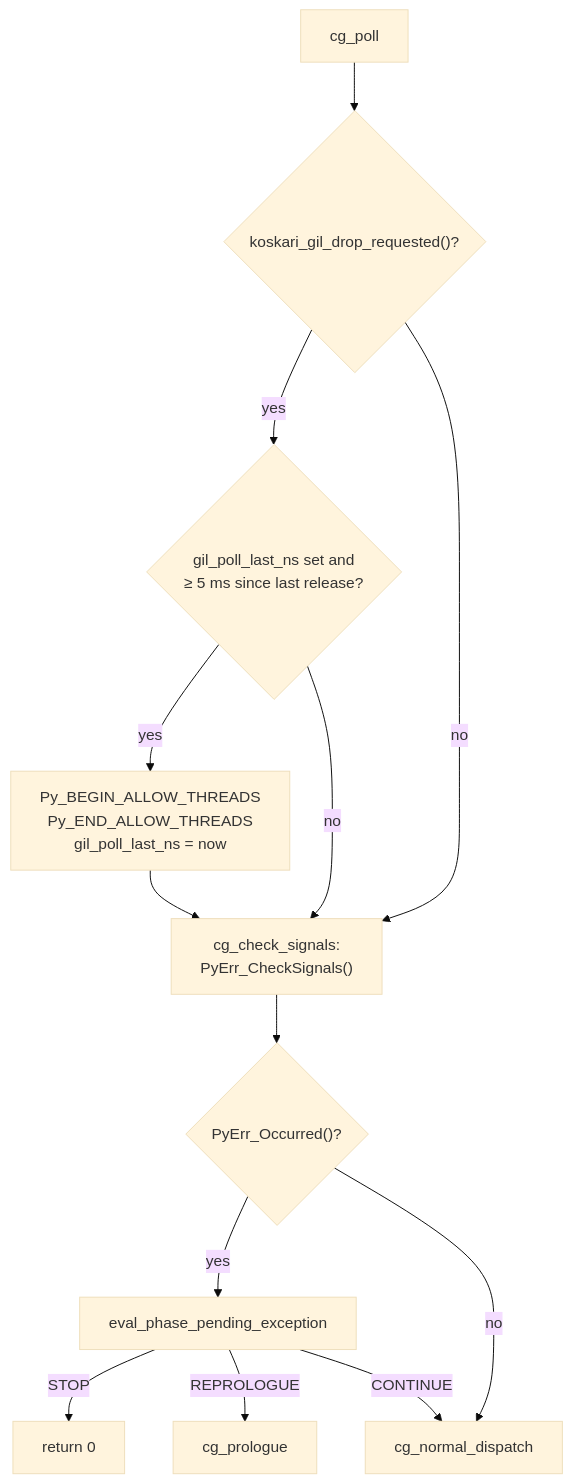
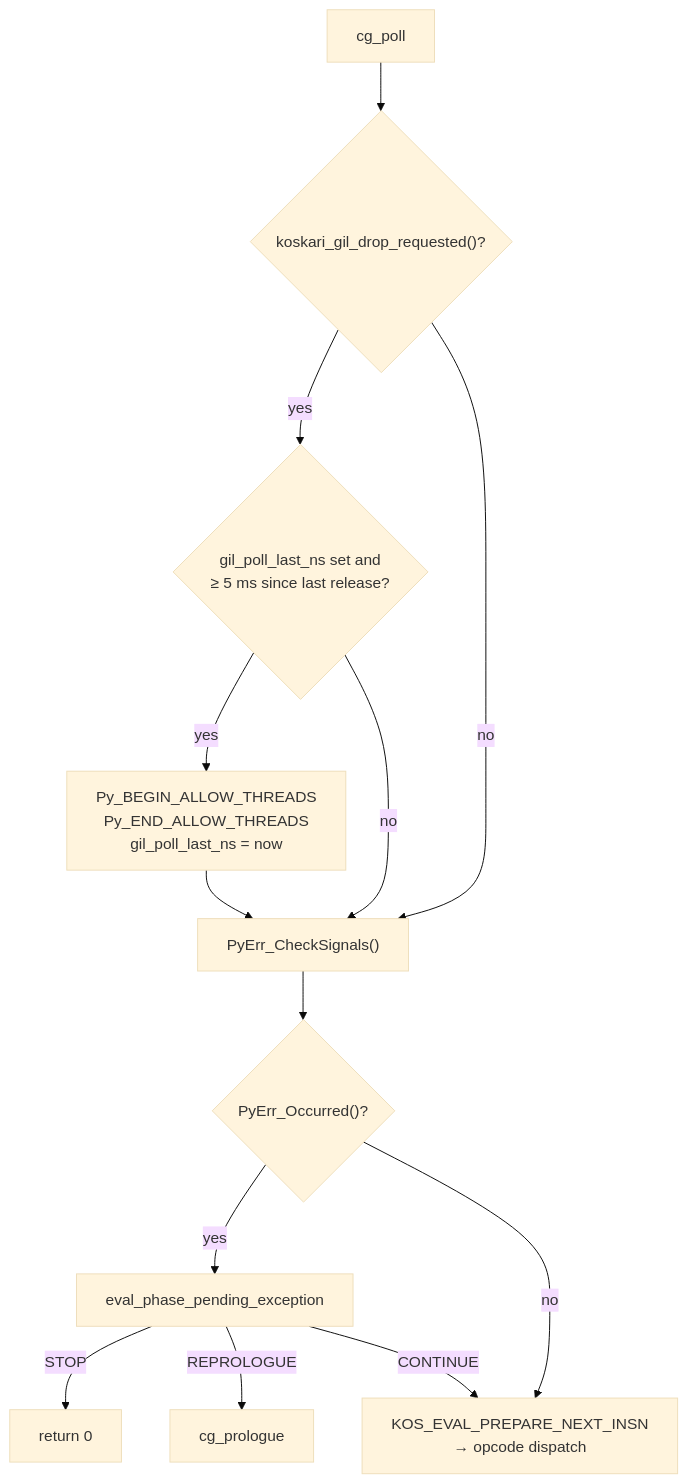
The second of 11 diagrams in design/EVALUATOR.md (koskari-lang/koskari), drawn with Mermaid (base theme) before and after one commit. The commit also changed other lines of this file, not shown here.

First line of the commit message:
docs: sync EVALUATOR.md with eval simplification pass

````diff
--- a/design/EVALUATOR.md
+++ b/design/EVALUATOR.md
@@ -191,24 +192,24 @@
 ```mermaid
 flowchart TD
     poll["cg_poll"]
     drop{"koskari_gil_drop_requested()?"}
     time{"gil_poll_last_ns set and<br/>≥ 5 ms since last release?"}
     gil["Py_BEGIN_ALLOW_THREADS<br/>Py_END_ALLOW_THREADS<br/>gil_poll_last_ns = now"]
-    sig["cg_check_signals:<br/>PyErr_CheckSignals()"]
+    sig["PyErr_CheckSignals()"]
     pyerr{"PyErr_Occurred()?"}
     pend["eval_phase_pending_exception"]
-    dispatch["cg_normal_dispatch"]
+    dispatch["KOS_EVAL_PREPARE_NEXT_INSN<br/>→ opcode dispatch"]
 
     poll --> drop
     drop -->|yes| time
     drop -->|no| sig
     time -->|yes| gil
     time -->|no| sig
     gil --> sig
     sig --> pyerr
     pyerr -->|yes| pend
     pyerr -->|no| dispatch
     pend -->|STOP| stop["return 0"]
     pend -->|REPROLOGUE| prologue["cg_prologue"]
     pend -->|CONTINUE| dispatch
 ```
````
